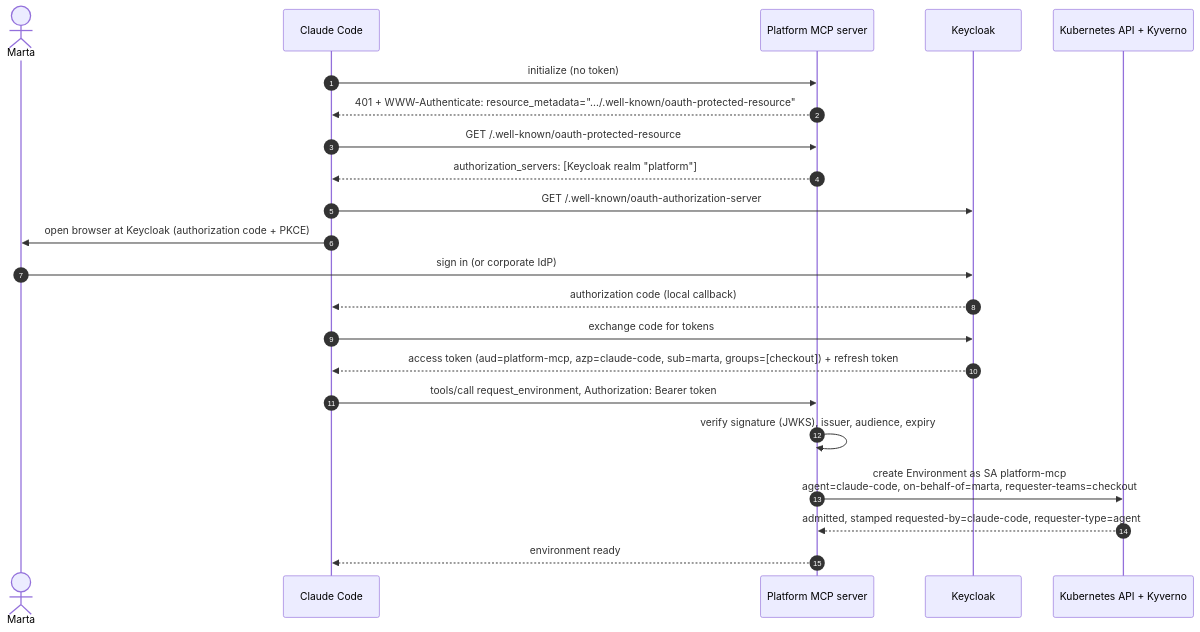
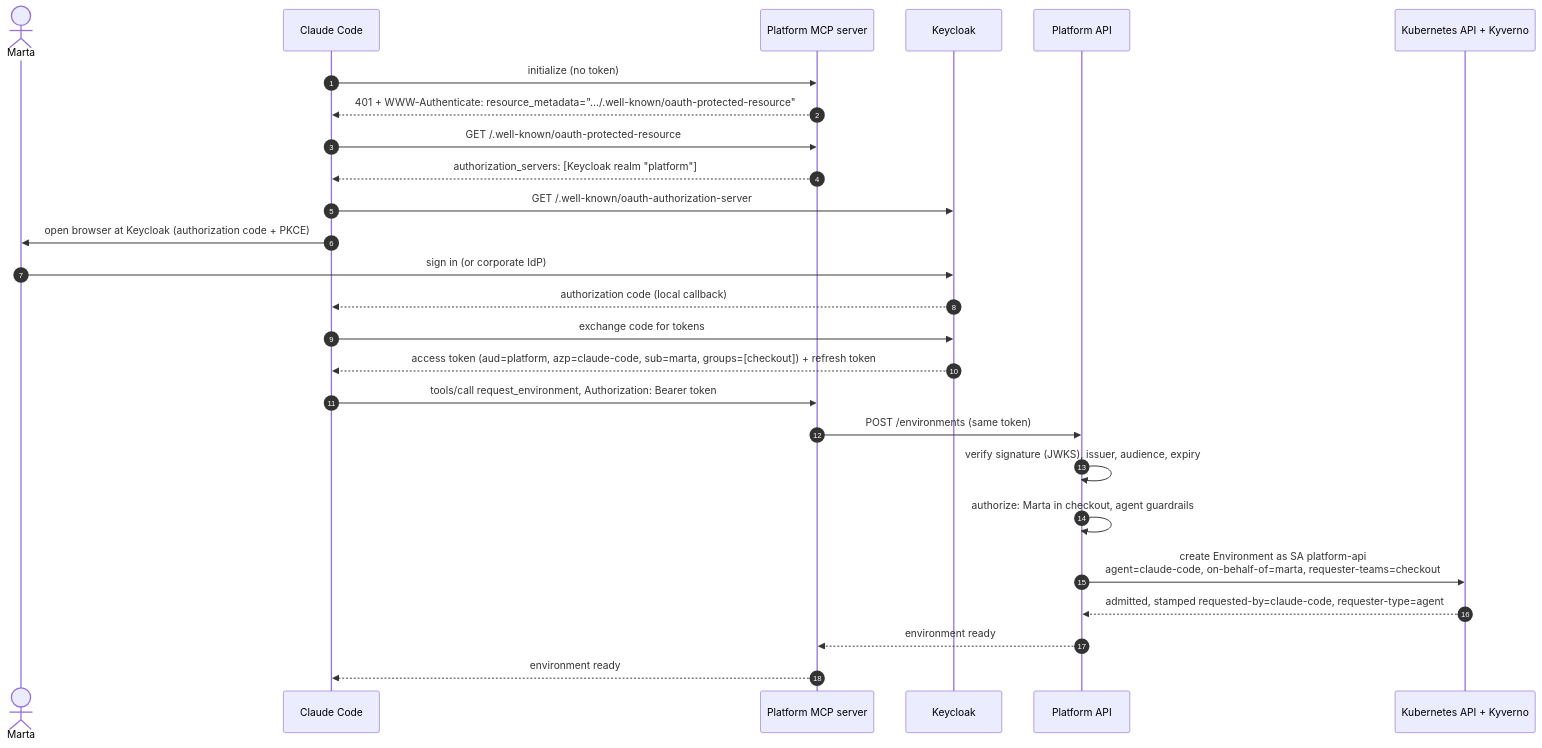
The third of 7 diagrams in docs/identity-and-access.md (jaruizes/platform-engineering-starter-kit-ai-era), drawn with Mermaid before and after one commit. The commit also changed other lines of this file, not shown here.

First line of the commit message:
docs: channel-independent platform API and two-line authorization

````diff
--- a/docs/identity-and-access.md
+++ b/docs/identity-and-access.md
@@ -166,25 +252,29 @@
 ```mermaid
 sequenceDiagram
     autonumber
     actor Marta
     participant CC as Claude Code
     participant MCP as Platform MCP server
     participant KC as Keycloak
+    participant API as Platform API
     participant K8s as Kubernetes API + Kyverno
 
     CC->>MCP: initialize (no token)
     MCP-->>CC: 401 + WWW-Authenticate: resource_metadata=".../.well-known/oauth-protected-resource"
     CC->>MCP: GET /.well-known/oauth-protected-resource
     MCP-->>CC: authorization_servers: [Keycloak realm "platform"]
     CC->>KC: GET /.well-known/oauth-authorization-server
     CC->>Marta: open browser at Keycloak (authorization code + PKCE)
     Marta->>KC: sign in (or corporate IdP)
     KC-->>CC: authorization code (local callback)
     CC->>KC: exchange code for tokens
-    KC-->>CC: access token (aud=platform-mcp, azp=claude-code, sub=marta, groups=[checkout]) + refresh token
+    KC-->>CC: access token (aud=platform, azp=claude-code, sub=marta, groups=[checkout]) + refresh token
     CC->>MCP: tools/call request_environment, Authorization: Bearer token
-    MCP->>MCP: verify signature (JWKS), issuer, audience, expiry
-    MCP->>K8s: create Environment as SA platform-mcp<br/>agent=claude-code, on-behalf-of=marta, requester-teams=checkout
-    K8s-->>MCP: admitted, stamped requested-by=claude-code, requester-type=agent
+    MCP->>API: POST /environments (same token)
+    API->>API: verify signature (JWKS), issuer, audience, expiry
+    API->>API: authorize: Marta in checkout, agent guardrails
+    API->>K8s: create Environment as SA platform-api<br/>agent=claude-code, on-behalf-of=marta, requester-teams=checkout
+    K8s-->>API: admitted, stamped requested-by=claude-code, requester-type=agent
+    API-->>MCP: environment ready
     MCP-->>CC: environment ready
 ```
````
